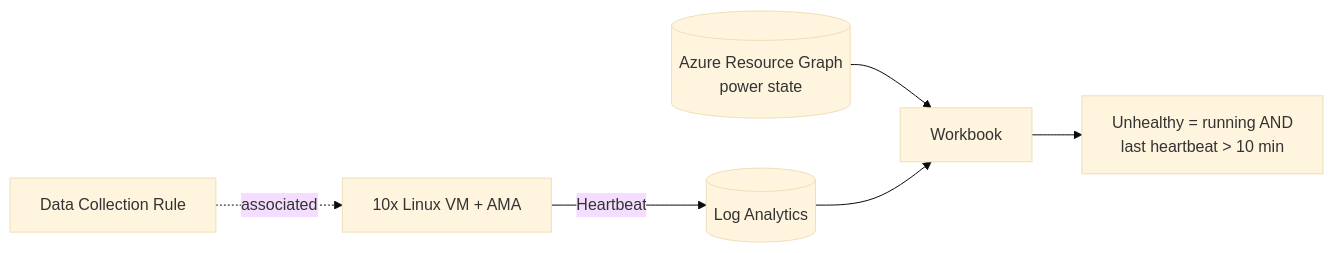
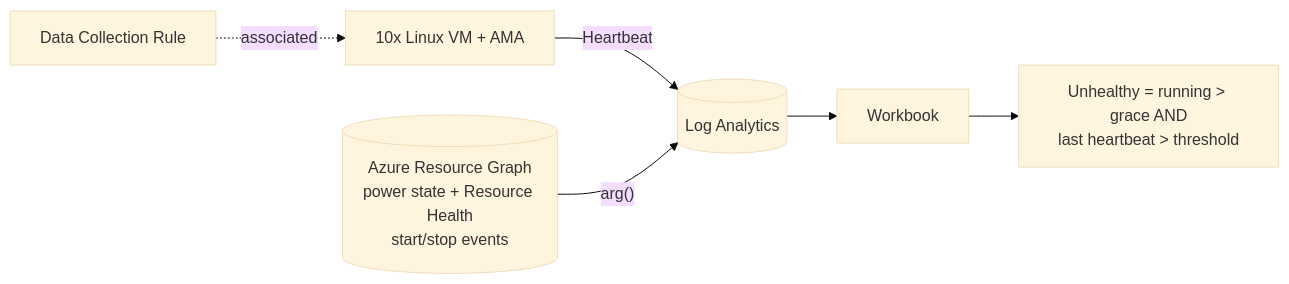
Before and after one commit to chrochma/AMAHeartbeats: the diagram in README.md, drawn with Mermaid (base theme). The commit also changed other lines of this file and 1 other file, not shown here.

First line of the commit message:
AzLabBuilder: startup-aware AMA heartbeat health, health timeline chart, deallocated tile

````diff
--- a/README.md
+++ b/README.md
@@ -35,8 +46,8 @@
 ```mermaid
 flowchart LR
   VM[10x Linux VM + AMA] -- Heartbeat --> LAW[(Log Analytics)]
   DCR[Data Collection Rule] -. associated .-> VM
-  ARG[(Azure Resource Graph<br/>power state)] --> WB[Workbook]
-  LAW --> WB
-  WB --> U[Unhealthy = running AND<br/>last heartbeat > 10 min]
+  ARG[(Azure Resource Graph<br/>power state + Resource Health<br/>start/stop events)] -- "arg()" --> LAW
+  LAW --> WB[Workbook]
+  WB --> U[Unhealthy = running > grace AND<br/>last heartbeat > threshold]
 ```
````
